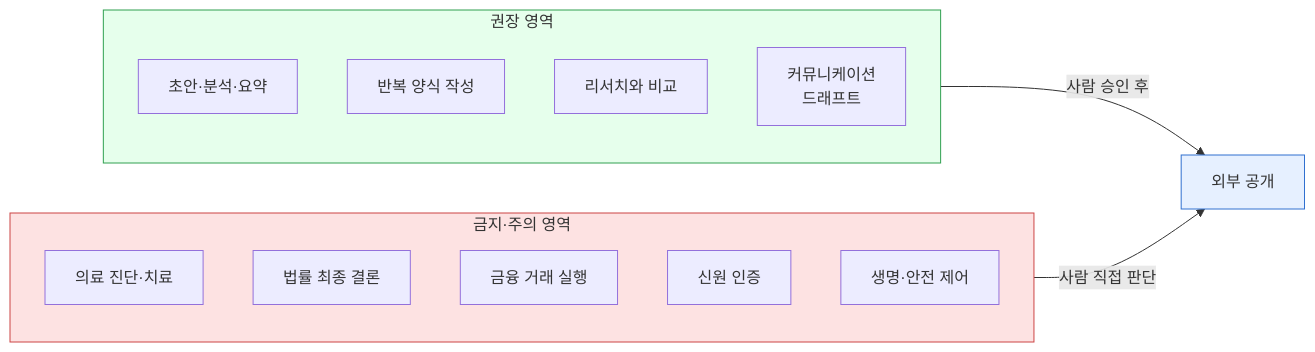
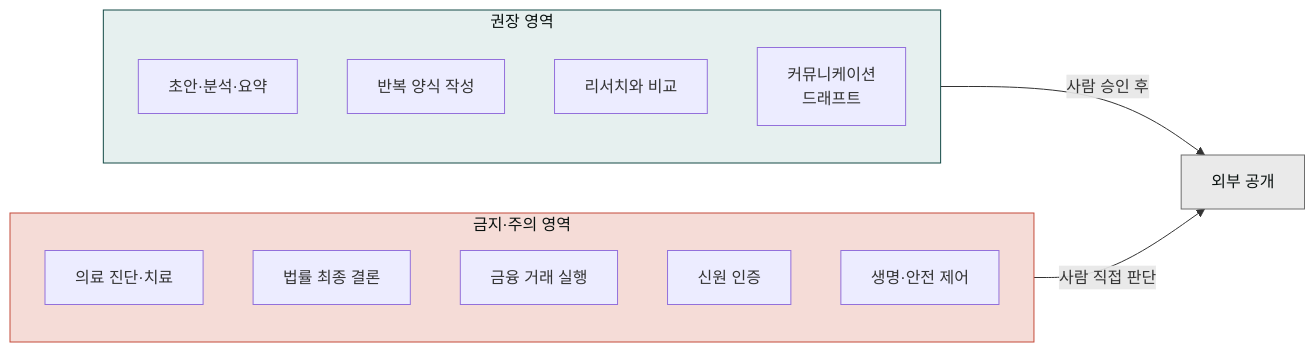
One commit to modu-ai/claude changed the diagram in content/cowork/safety.md. Above: the diagram before and after it, drawn with Mermaid. The commit also changed 97 other files, not shown here.

First line of the commit message:
style(docs-site): mermaid 색상 브랜드 정합 + 라이트 테마 단일화

````diff
--- a/content/cowork/safety.md
+++ b/content/cowork/safety.md
@@ -11,24 +11,24 @@
 ```mermaid
 flowchart LR
     subgraph Safe["권장 영역"]
         D1["초안·분석·요약"]
         D2["반복 양식 작성"]
         D3["리서치와 비교"]
         D4["커뮤니케이션<br/>드래프트"]
     end
 
     subgraph Danger["금지·주의 영역"]
         X1["의료 진단·치료"]
         X2["법률 최종 결론"]
         X3["금융 거래 실행"]
         X4["신원 인증"]
         X5["생명·안전 제어"]
     end
 
     Safe -->|사람 승인 후| R["외부 공개"]
     Danger -->|사람 직접 판단| R
 
-    style Safe fill:#e6ffec,stroke:#30a050
-    style Danger fill:#fde2e2,stroke:#c44
-    style R fill:#e6f0ff,stroke:#3070d0
+    style Safe fill:#e6f0ef,stroke:#144a46,color:#09110f
+    style Danger fill:#f5dcd7,stroke:#c44a3a,color:#09110f
+    style R fill:#eaeaea,stroke:#6e6e6e,color:#09110f
 ```
````
